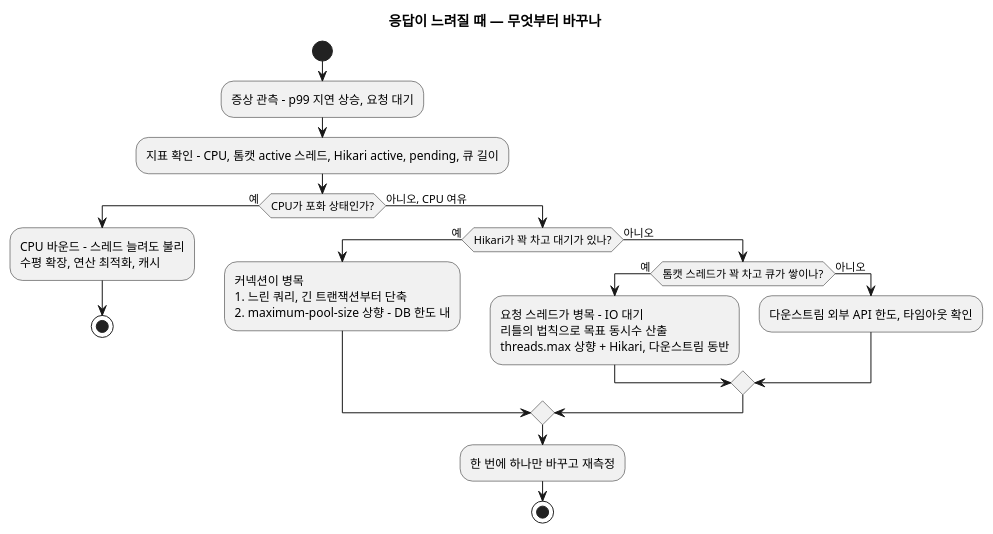
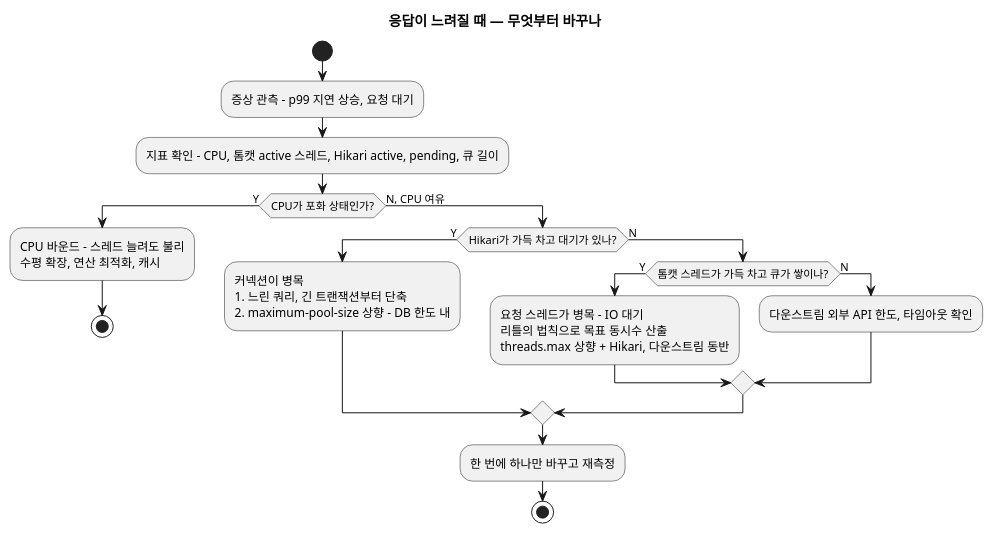
One commit to johnycho/johny-dev changed the second of 2 diagrams in blog/2026-08-18-spring-boot-thread-pools.mdx. Above: the diagram before and after it, drawn with PlantUML. The commit also changed 70 other files, not shown here.

````diff
--- a/blog/2026-08-18-spring-boot-thread-pools.mdx
+++ b/blog/2026-08-18-spring-boot-thread-pools.mdx
@@ -186,24 +186,24 @@
 ```plantuml
 @startuml
 title 응답이 느려질 때 — 무엇부터 바꾸나
 start
 :증상 관측 - p99 지연 상승, 요청 대기;
 :지표 확인 - CPU, 톰캣 active 스레드, Hikari active, pending, 큐 길이;
-if (CPU가 포화 상태인가?) then (예)
+if (CPU가 포화 상태인가?) then (Y)
   :CPU 바운드 - 스레드 늘려도 불리\n수평 확장, 연산 최적화, 캐시;
   stop
-else (아니오, CPU 여유)
-  if (Hikari가 꽉 차고 대기가 있나?) then (예)
+else (N, CPU 여유)
+  if (Hikari가 가득 차고 대기가 있나?) then (Y)
     :커넥션이 병목\n1. 느린 쿼리, 긴 트랜잭션부터 단축\n2. maximum-pool-size 상향 - DB 한도 내;
-  else (아니오)
-    if (톰캣 스레드가 꽉 차고 큐가 쌓이나?) then (예)
+  else (N)
+    if (톰캣 스레드가 가득 차고 큐가 쌓이나?) then (Y)
       :요청 스레드가 병목 - IO 대기\n리틀의 법칙으로 목표 동시수 산출\nthreads.max 상향 + Hikari, 다운스트림 동반;
-    else (아니오)
+    else (N)
       :다운스트림 외부 API 한도, 타임아웃 확인;
     endif
   endif
   :한 번에 하나만 바꾸고 재측정;
   stop
 endif
 @enduml
 ```
````
